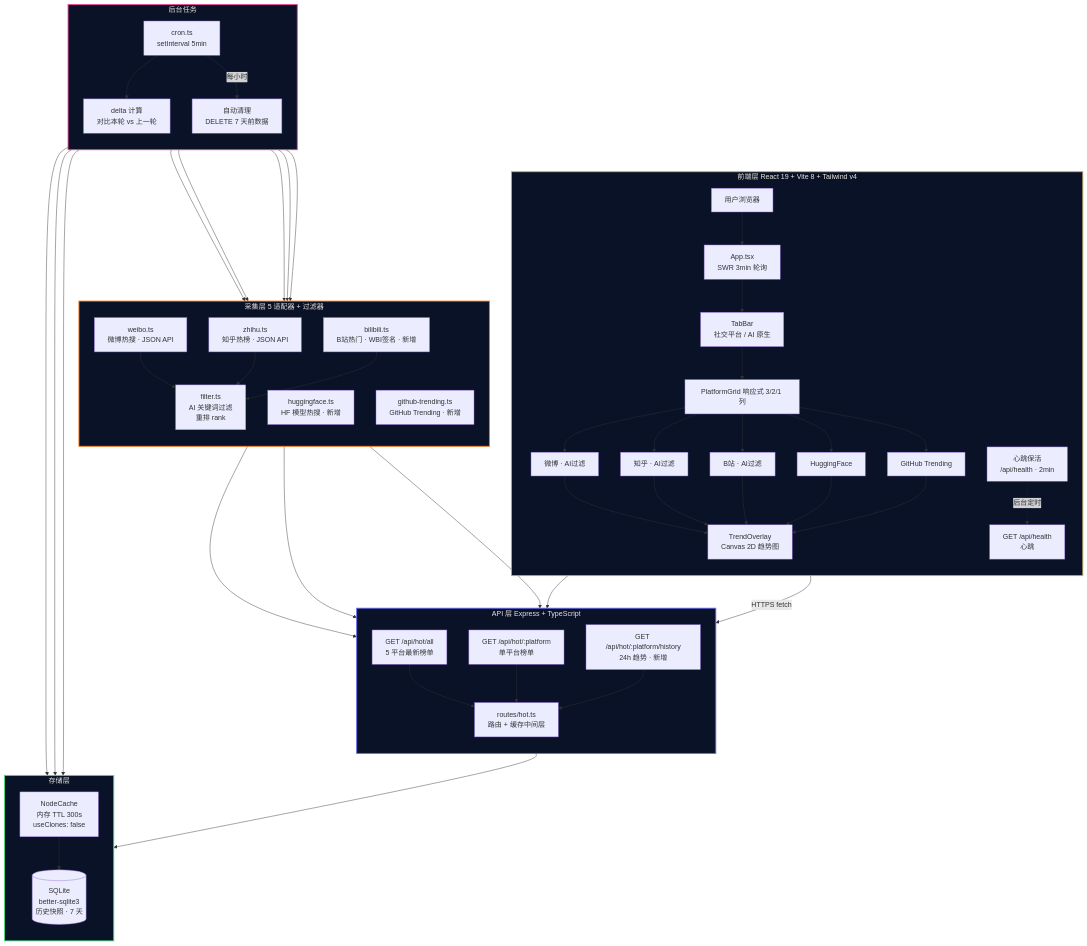
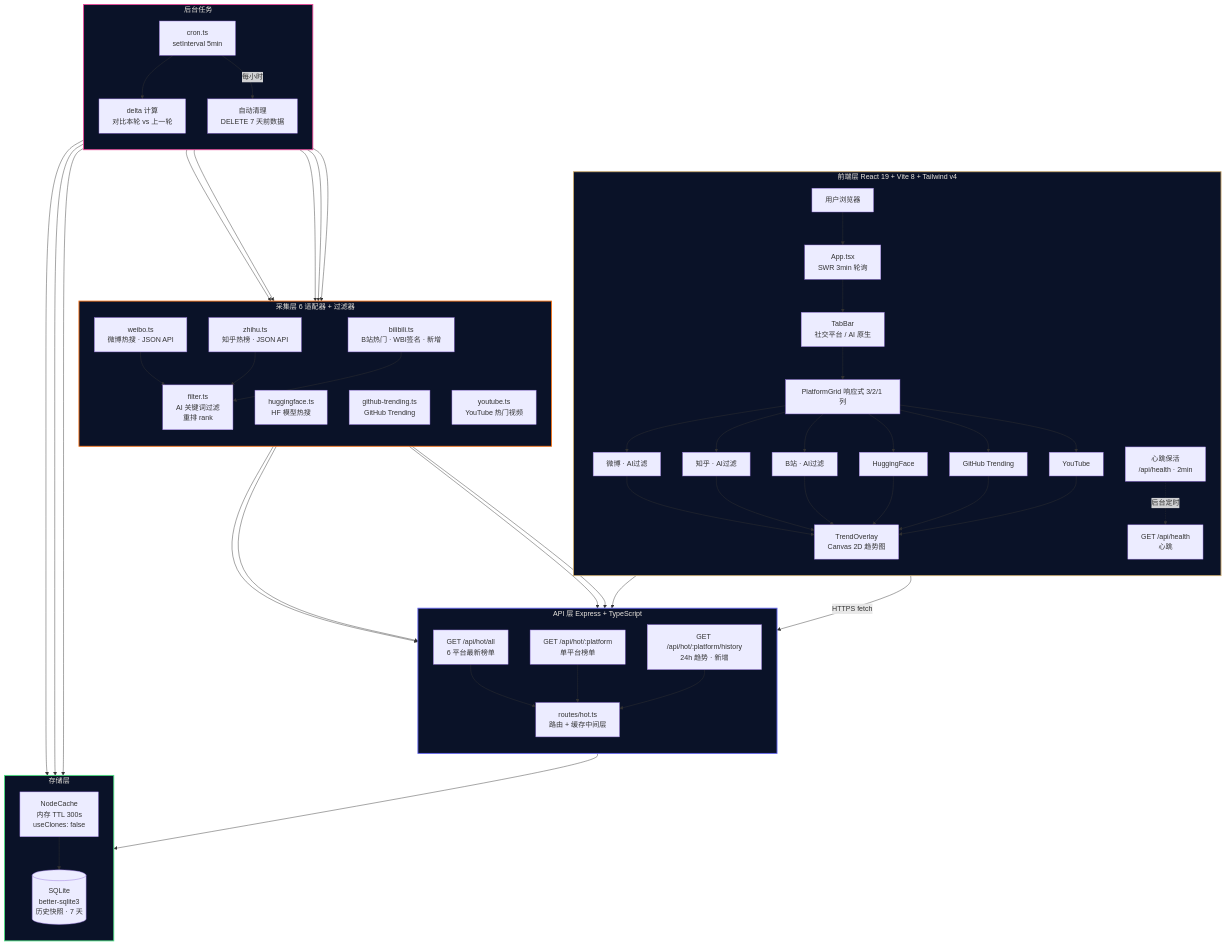
The first of 3 diagrams in ARCHITECTURE.md (eva12335/hot-search), drawn with Mermaid before and after one commit. The commit also changed other lines of this file and 10 other files, not shown here.

First line of the commit message:
feat: 新增 YouTube 热门视频适配器 + HuggingFace 改用 trending API

````diff
--- a/ARCHITECTURE.md
+++ b/ARCHITECTURE.md
@@ -3,73 +3,75 @@
 ```mermaid
 graph TB
     subgraph FRONTEND[" 前端层 React 19 + Vite 8 + Tailwind v4 "]
         direction TB
         USER["用户浏览器"]
         APP["App.tsx<br/>SWR 3min 轮询"]
         TABS["TabBar<br/>社交平台 / AI 原生"]
         CARDS["PlatformGrid 响应式 3/2/1 列"]
         C1["微博 · AI过滤"]
         C2["知乎 · AI过滤"]
         C3["B站 · AI过滤"]
         C4["HuggingFace"]
         C5["GitHub Trending"]
+        C6["YouTube"]
         TREND["TrendOverlay<br/>Canvas 2D 趋势图"]
         HEART["心跳保活<br/>/api/health · 2min"]
         USER --> APP
         APP --> TABS --> CARDS
-        CARDS --> C1 & C2 & C3 & C4 & C5
-        C1 & C2 & C3 & C4 & C5 --> TREND
+        CARDS --> C1 & C2 & C3 & C4 & C5 & C6
+        C1 & C2 & C3 & C4 & C5 & C6 --> TREND
         HEART -.-> |"后台定时"| API2
     end
 
     subgraph API[" API 层 Express + TypeScript "]
         direction TB
-        API1["GET /api/hot/all<br/>5 平台最新榜单"]
+        API1["GET /api/hot/all<br/>6 平台最新榜单"]
         API2["GET /api/health<br/>心跳"]
         API3["GET /api/hot/:platform<br/>单平台榜单"]
         API4["GET /api/hot/:platform/history<br/>24h 趋势 · 新增"]
         ROUTER["routes/hot.ts<br/>路由 + 缓存中间层"]
         API1 & API2 & API3 & API4 --> ROUTER
     end
 
-    subgraph ADAPTER[" 采集层 5 适配器 + 过滤器 "]
+    subgraph ADAPTER[" 采集层 6 适配器 + 过滤器 "]
         direction TB
         FILTER["filter.ts<br/>AI 关键词过滤<br/>重排 rank"]
         WBO["weibo.ts<br/>微博热搜 · JSON API"]
         ZHH["zhihu.ts<br/>知乎热榜 · JSON API"]
         BLI["bilibili.ts<br/>B站热门 · WBI签名 · 新增"]
-        HUG["huggingface.ts<br/>HF 模型热搜 · 新增"]
-        GH["github-trending.ts<br/>GitHub Trending · 新增"]
+        HUG["huggingface.ts<br/>HF 模型热搜"]
+        GH["github-trending.ts<br/>GitHub Trending"]
+        YT["youtube.ts<br/>YouTube 热门视频"]
         WBO & ZHH & BLI --> FILTER
         FILTER --> ROUTER
-        HUG & GH --> ROUTER
+        HUG & GH & YT --> ROUTER
     end
 
     subgraph STORAGE[" 存储层 "]
         direction TB
         CACHE["NodeCache<br/>内存 TTL 300s<br/>useClones: false"]
         SQLITE[("SQLite<br/>better-sqlite3<br/>历史快照 · 7 天")]
         CACHE --> SQLITE
     end
 
     subgraph BG[" 后台任务 "]
         direction TB
         CRON["cron.ts<br/>setInterval 5min"]
         DELTA["delta 计算<br/>对比本轮 vs 上一轮"]
         CLEAN["自动清理<br/>DELETE 7 天前数据"]
         CRON --> WBO & ZHH & BLI & HUG & GH
         CRON --> CACHE
         CRON --> DELTA --> CACHE
         CRON -->|"每小时"| CLEAN --> SQLITE
     end
 
     ROUTER --> CACHE
 
     FRONTEND -->|"HTTPS fetch"| API
 
     style FRONTEND fill:#0a1228,stroke:#c9a96e,stroke-width:2px,color:#e8e4dd
     style API fill:#0a1228,stroke:#6366f1,stroke-width:2px,color:#e8e4dd
     style ADAPTER fill:#0a1228,stroke:#f97316,stroke-width:2px,color:#e8e4dd
     style STORAGE fill:#0a1228,stroke:#4ade80,stroke-width:2px,color:#e8e4dd
     style BG fill:#0a1228,stroke:#ec4899,stroke-width:2px,color:#e8e4dd
 ```
````
